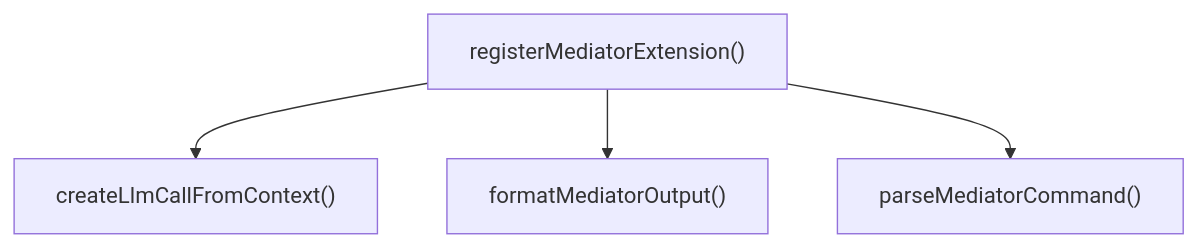
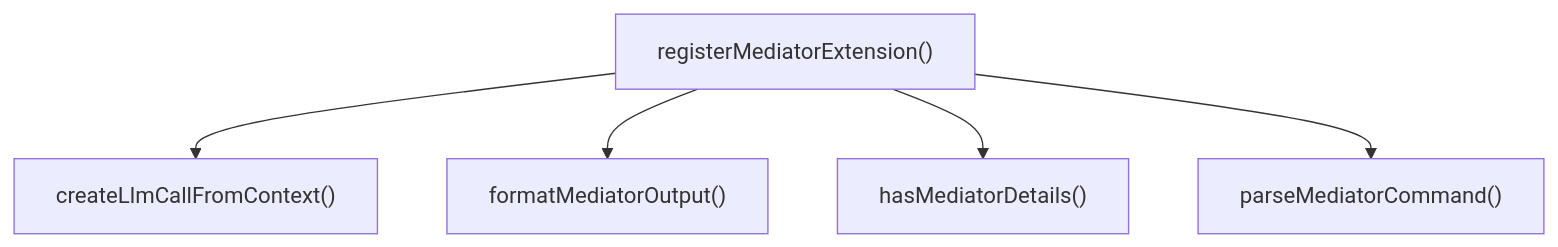
One commit to Mekann2904/mekann changed the fourth of 4 diagrams in ABDD/.pi/extensions/mediator.md. Above: the diagram before and after it, drawn with Mermaid. The commit also changed other lines of this file and 189 other files, not shown here.

````diff
--- a/ABDD/.pi/extensions/mediator.md
+++ b/ABDD/.pi/extensions/mediator.md
@@ -130,10 +138,12 @@
 ```mermaid
 flowchart TD
   createLlmCallFromContext["createLlmCallFromContext()"]
   formatMediatorOutput["formatMediatorOutput()"]
+  hasMediatorDetails["hasMediatorDetails()"]
   parseMediatorCommand["parseMediatorCommand()"]
   registerMediatorExtension["registerMediatorExtension()"]
   registerMediatorExtension --> createLlmCallFromContext
   registerMediatorExtension --> formatMediatorOutput
+  registerMediatorExtension --> hasMediatorDetails
   registerMediatorExtension --> parseMediatorCommand
 ```
````
